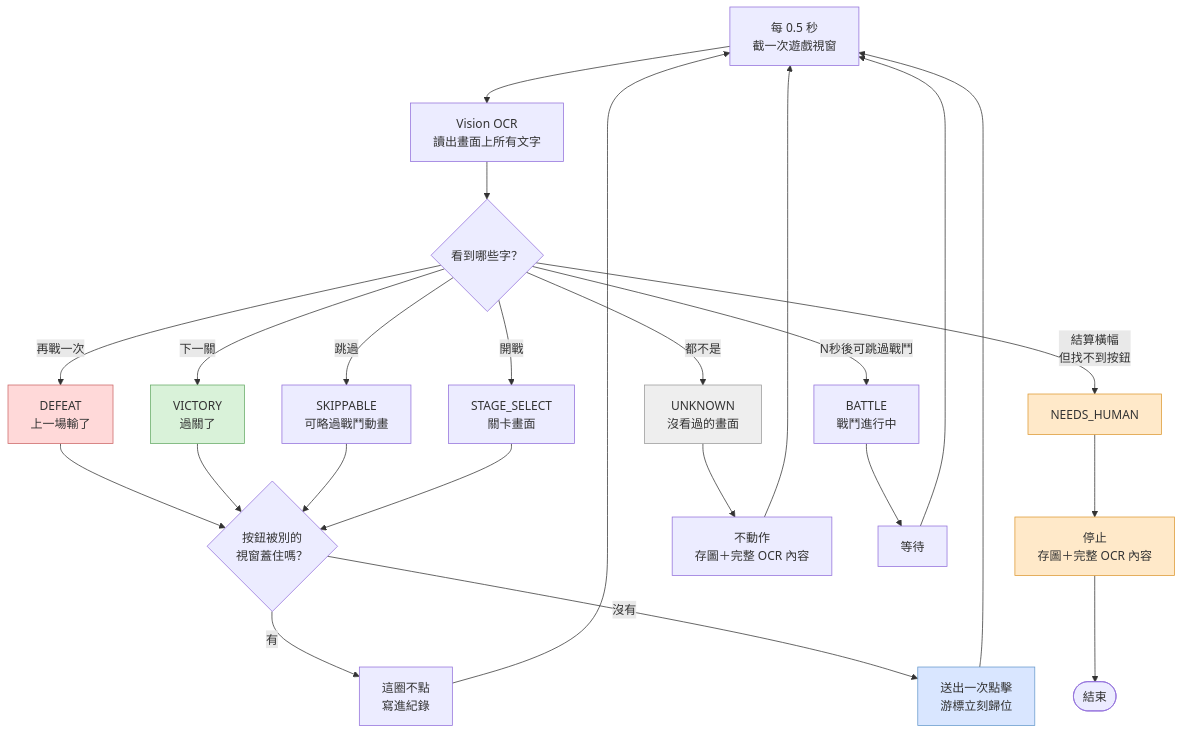
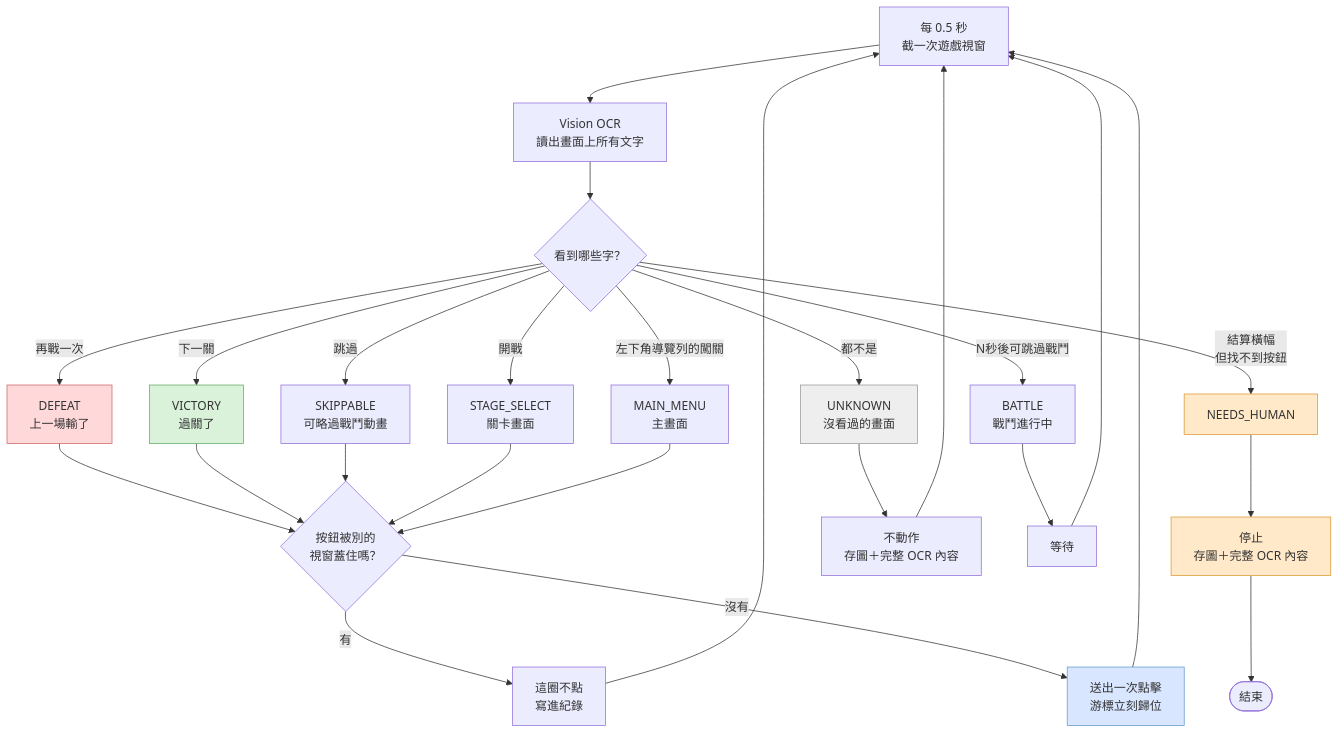
Before and after one commit to livejiaquan/wild-water-world-autoplay: the diagram in README.zh-TW.md, drawn with Mermaid. The commit also changed other lines of this file and 6 other files, not shown here.

````diff
--- a/README.zh-TW.md
+++ b/README.zh-TW.md
@@ -77,34 +77,35 @@
 ```mermaid
 flowchart TD
     A[每 0.5 秒<br/>截一次遊戲視窗] --> B[Vision OCR<br/>讀出畫面上所有文字]
     B --> C{看到哪些字？}
 
     C -->|再戰一次| D[DEFEAT<br/>上一場輸了]
     C -->|下一關| E[VICTORY<br/>過關了]
     C -->|結算橫幅<br/>但找不到按鈕| F[NEEDS_HUMAN]
     C -->|跳過| G[SKIPPABLE<br/>可略過戰鬥動畫]
     C -->|N秒後可跳過戰鬥| H[BATTLE<br/>戰鬥進行中]
     C -->|開戰| I[STAGE_SELECT<br/>關卡畫面]
+    C -->|左下角導覽列的闖關| R[MAIN_MENU<br/>主畫面]
     C -->|都不是| J[UNKNOWN<br/>沒看過的畫面]
 
-    D & E & G & I --> K{按鈕被別的<br/>視窗蓋住嗎？}
+    D & E & G & I & R --> K{按鈕被別的<br/>視窗蓋住嗎？}
     K -->|有| L[這圈不點<br/>寫進紀錄]
     K -->|沒有| M[送出一次點擊<br/>游標立刻歸位]
 
     F --> N[停止<br/>存圖＋完整 OCR 內容]
     J --> O[不動作<br/>存圖＋完整 OCR 內容]
     H --> P[等待]
 
     M --> A
     L --> A
     O --> A
     P --> A
     N --> Q([結束])
 
     style D fill:#ffd9d9,stroke:#c66
     style E fill:#d9f2d9,stroke:#6a6
     style F fill:#ffe9c9,stroke:#d93
     style J fill:#eee,stroke:#999
     style N fill:#ffe9c9,stroke:#d93
     style M fill:#d9e6ff,stroke:#69c
 ```
````
